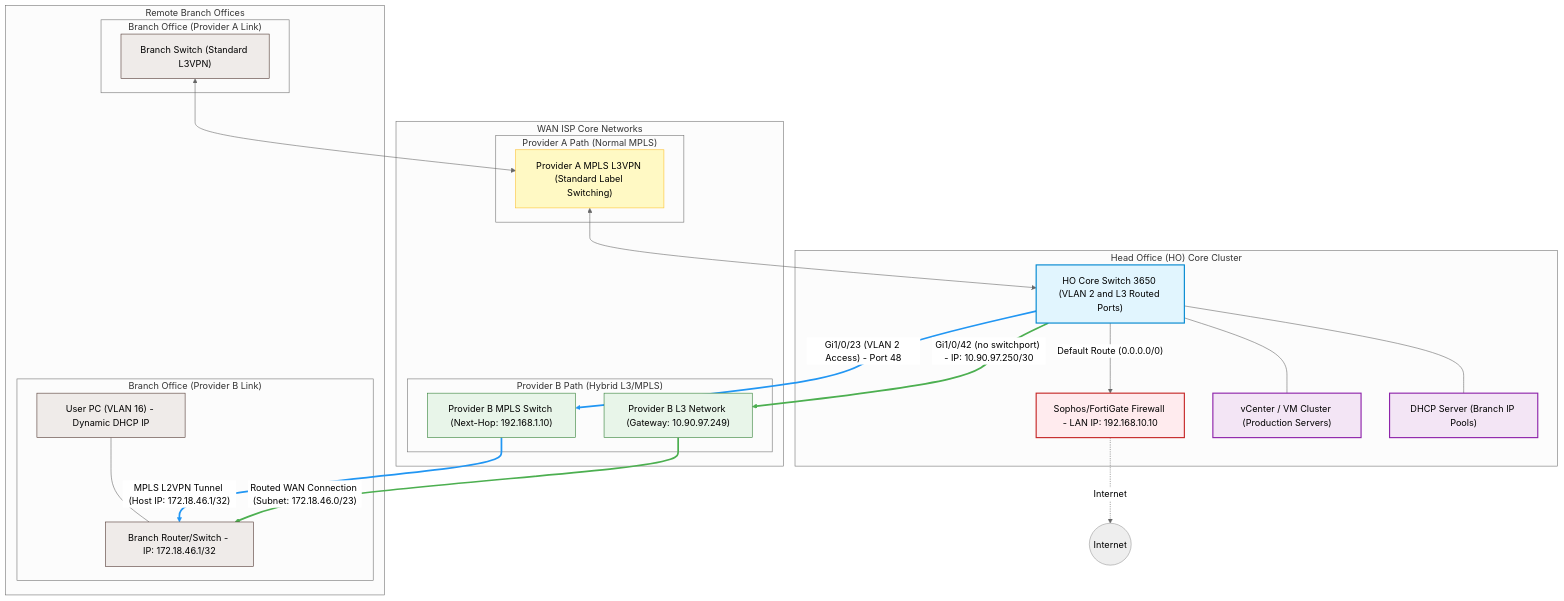
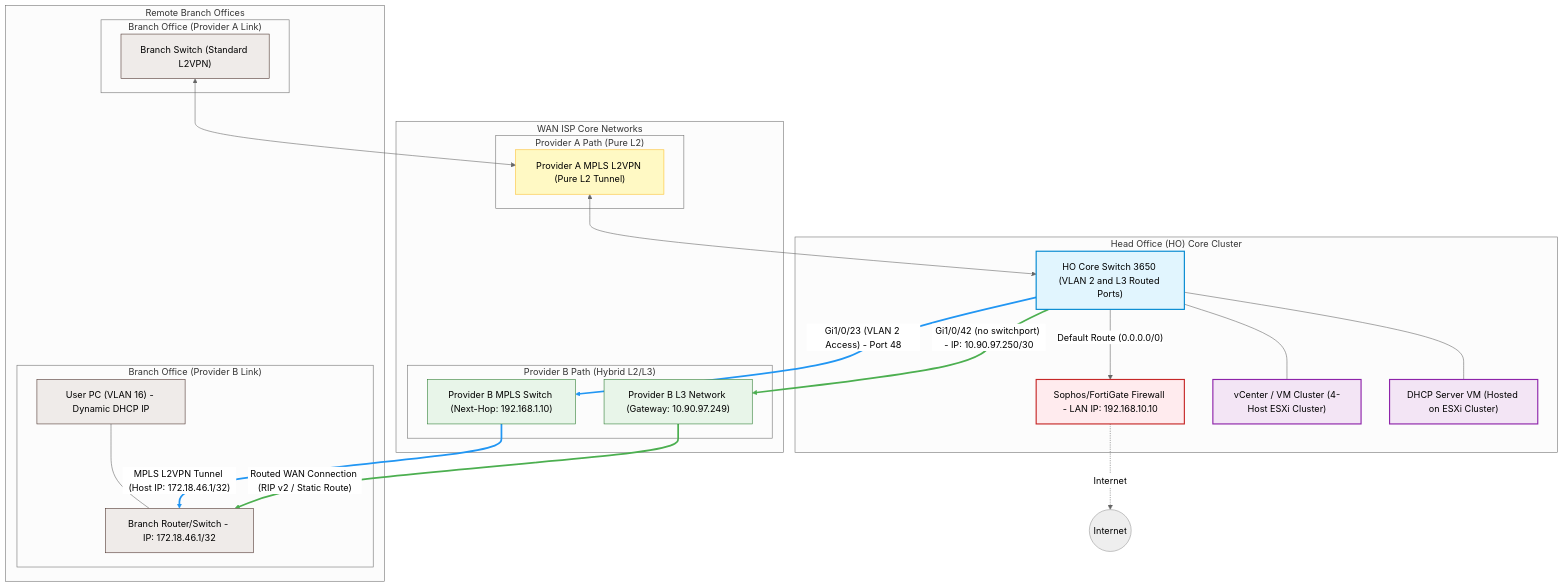
One commit to tanpham380/tanpham380 changed the first of 14 diagrams in experiment/README.md. Above: the diagram before and after it, drawn with Mermaid (neutral theme). The commit also changed other lines of this file and 1 other file, not shown here.

Commit message:
refactor: update network topology diagrams and document technical specifications for hybrid MPLS/L2VPN routing and STP loop prevention protocols.

````diff
--- a/experiment/README.md
+++ b/experiment/README.md
@@ -19,66 +19,66 @@
 ```mermaid
 graph TD
     %% Styling Definitions
     classDef hoCore fill:#e1f5fe,stroke:#0288d1,stroke-width:2px;
     classDef firewall fill:#ffebee,stroke:#c62828,stroke-width:2px;
     classDef servers fill:#f3e5f5,stroke:#8e24aa,stroke-width:2px;
     classDef wanA fill:#fff9c4,stroke:#fbc02d,stroke-width:1px;
     classDef wanB fill:#e8f5e9,stroke:#2e7d32,stroke-width:1px;
     classDef branch fill:#efebe9,stroke:#4e342e,stroke-width:1px;
 
     %% HEAD OFFICE (HO)
     subgraph HO ["Head Office (HO) Core Cluster"]
         FW["Sophos/FortiGate Firewall - LAN IP: 192.168.10.10"]:::firewall
         CoreHO["HO Core Switch 3650 (VLAN 2 and L3 Routed Ports)"]:::hoCore
-        Vcenter["vCenter / VM Cluster (Production Servers)"]:::servers
-        DHCP_HO["DHCP Server (Branch IP Pools)"]:::servers
+        Vcenter["vCenter / VM Cluster (4-Host ESXi Cluster)"]:::servers
+        DHCP_HO["DHCP Server VM (Hosted on ESXi Cluster)"]:::servers
     end
 
     %% WAN / ISP TRANSPORTS
     subgraph ISP_WAN ["WAN ISP Core Networks"]
-        subgraph ProvA_WAN ["Provider A Path (Normal MPLS)"]
-            ProvA_MPLS["Provider A MPLS L3VPN (Standard Label Switching)"]:::wanA
+        subgraph ProvA_WAN ["Provider A Path (Pure L2)"]
+            ProvA_MPLS["Provider A MPLS L2VPN (Pure L2 Tunnel)"]:::wanA
         end
 
-        subgraph ProvB_WAN ["Provider B Path (Hybrid L3/MPLS)"]
+        subgraph ProvB_WAN ["Provider B Path (Hybrid L2/L3)"]
             ProvB_L3["Provider B L3 Network (Gateway: 10.90.97.249)"]:::wanB
             ProvB_MPLS["Provider B MPLS Switch (Next-Hop: 192.168.1.10)"]:::wanB
         end
     end
 
     %% BRANCH OFFICES
     subgraph Branches ["Remote Branch Offices"]
         subgraph Branch_ProviderB ["Branch Office (Provider B Link)"]
             Branch_SW_B["Branch Router/Switch - IP: 172.18.46.1/32"]:::branch
             PC_B["User PC (VLAN 16) - Dynamic DHCP IP"]:::branch
         end
 
         subgraph Branch_ProviderA ["Branch Office (Provider A Link)"]
-            Branch_SW_A["Branch Switch (Standard L3VPN)"]:::branch
+            Branch_SW_A["Branch Switch (Standard L2VPN)"]:::branch
         end
     end
 
     %% PHYSICAL AND LOGICAL CONNECTIONS
     CoreHO -- "Default Route (0.0.0.0/0)" --> FW
     FW -. Internet .-> Internet((Internet))
     CoreHO --- Vcenter
     CoreHO --- DHCP_HO
 
     %% Provider A Connection
     Branch_SW_A <--> ProvA_MPLS <--> CoreHO
 
     %% Provider B Connections
     %% GigabitEthernet1/0/42 (Layer 3 Routed)
     CoreHO == "Gi1/0/42 (no switchport) - IP: 10.90.97.250/30" ==> ProvB_L3
-    ProvB_L3 == "Routed WAN Connection (Subnet: 172.18.46.0/23)" ==> Branch_SW_B
+    ProvB_L3 == "Routed WAN Connection (RIP v2 / Static Route)" ==> Branch_SW_B
 
     %% GigabitEthernet1/0/23 (VLAN 2 Access)
     CoreHO == "Gi1/0/23 (VLAN 2 Access) - Port 48" ==> ProvB_MPLS
     ProvB_MPLS == "MPLS L2VPN Tunnel (Host IP: 172.18.46.1/32)" ==> Branch_SW_B
 
     PC_B --- Branch_SW_B
 
     %% Flow Annotation (Legend / Path Styling)
     linkStyle 6,7 stroke:#4caf50,stroke-width:3px;
     linkStyle 8,9 stroke:#2196f3,stroke-width:3px;
 ```
````
